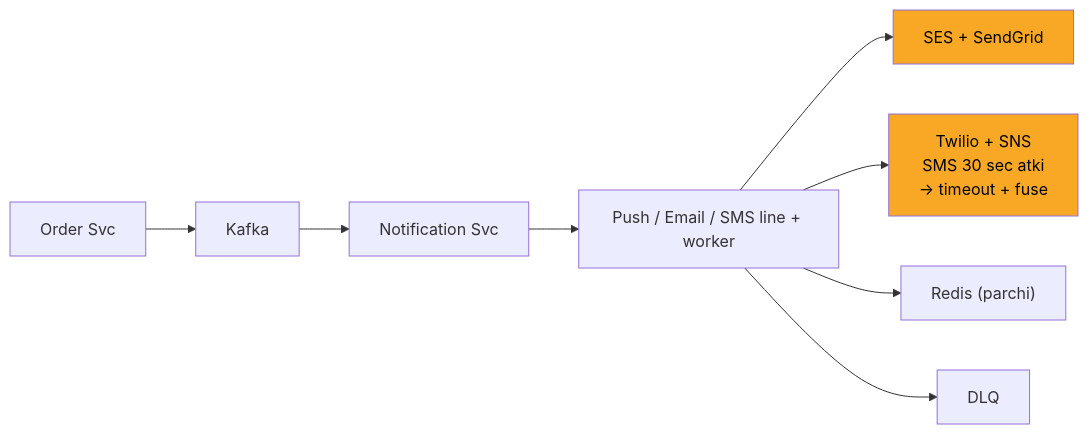
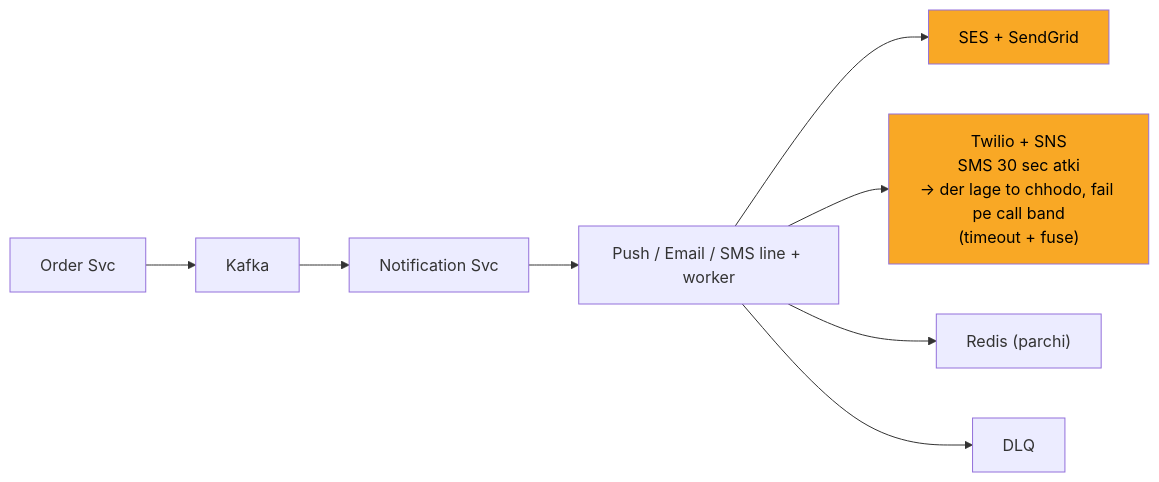
The seventh of 13 diagrams in 04_HLD/SYSTEM_DESIGNS/04_notification_system/04_notification_system.md (ArpanMaheshwari144/Prep), drawn with Mermaid before and after one commit. The commit also changed other lines of this file and 13 other files, not shown here.

````diff
--- a/04_HLD/SYSTEM_DESIGNS/04_notification_system/04_notification_system.md
+++ b/04_HLD/SYSTEM_DESIGNS/04_notification_system/04_notification_system.md
@@ -263,20 +263,20 @@
 ```mermaid
 flowchart LR
     n_Order_Svc["Order Svc"]
     n_Kafka["Kafka"]
     n_Notification_Svc["Notification Svc"]
     n_LINES["Push / Email / SMS line + worker"]
     n_SES["SES + SendGrid"]
-    n_Twilio["Twilio + SNS<br/>SMS 30 sec atki<br/>-> timeout + fuse"]
+    n_Twilio["Twilio + SNS<br/>SMS 30 sec atki<br/>-> der lage to chhodo, fail pe call band<br/>(timeout + fuse)"]
     n_Redis["Redis (parchi)"]
     n_DLQ["DLQ"]
     n_Order_Svc --> n_Kafka
     n_Kafka --> n_Notification_Svc
     n_Notification_Svc --> n_LINES
     n_LINES --> n_SES
     n_LINES --> n_Twilio
     n_LINES --> n_Redis
     n_LINES --> n_DLQ
     style n_SES fill:#f9a825,color:#000
     style n_Twilio fill:#f9a825,color:#000
 ```
````
